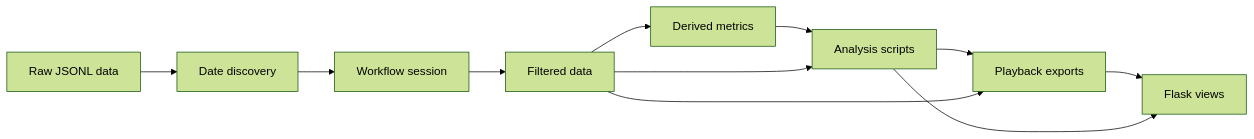
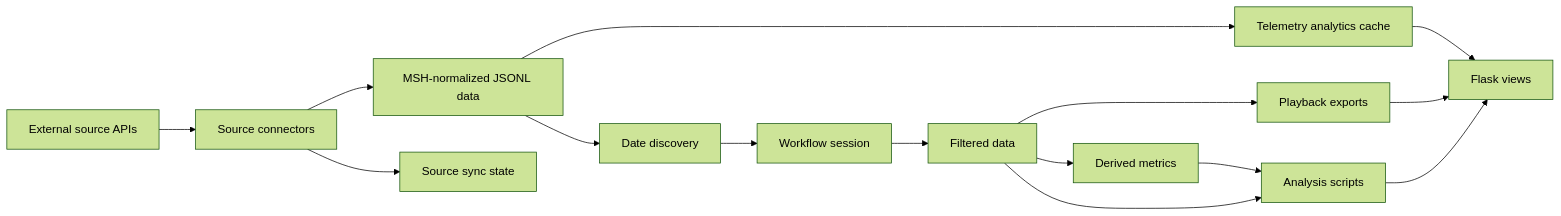
The diagram in docs/architecture.md (Nettking/msh), drawn with Mermaid (forest theme) before and after one commit. The commit also changed other lines of this file and 10 other files, not shown here.

````diff
--- a/docs/architecture.md
+++ b/docs/architecture.md
@@ -7,13 +7,17 @@
 ```mermaid
 flowchart LR
-    A[Raw JSONL data] --> B[Date discovery]
+    S[External source APIs] --> T[Source connectors]
+    T --> A[MSH-normalized JSONL data]
+    T --> U[Source sync state]
+    A --> B[Date discovery]
     B --> C[Workflow session]
     C --> D[Filtered data]
     D --> E[Derived metrics]
     E --> F[Analysis scripts]
     D --> F
-    F --> G[Playback exports]
-    D --> G
-    G --> H[Flask views]
+    D --> G[Playback exports]
+    A --> I[Telemetry analytics cache]
+    I --> H[Flask views]
+    G --> H
     F --> H
 ```
````
